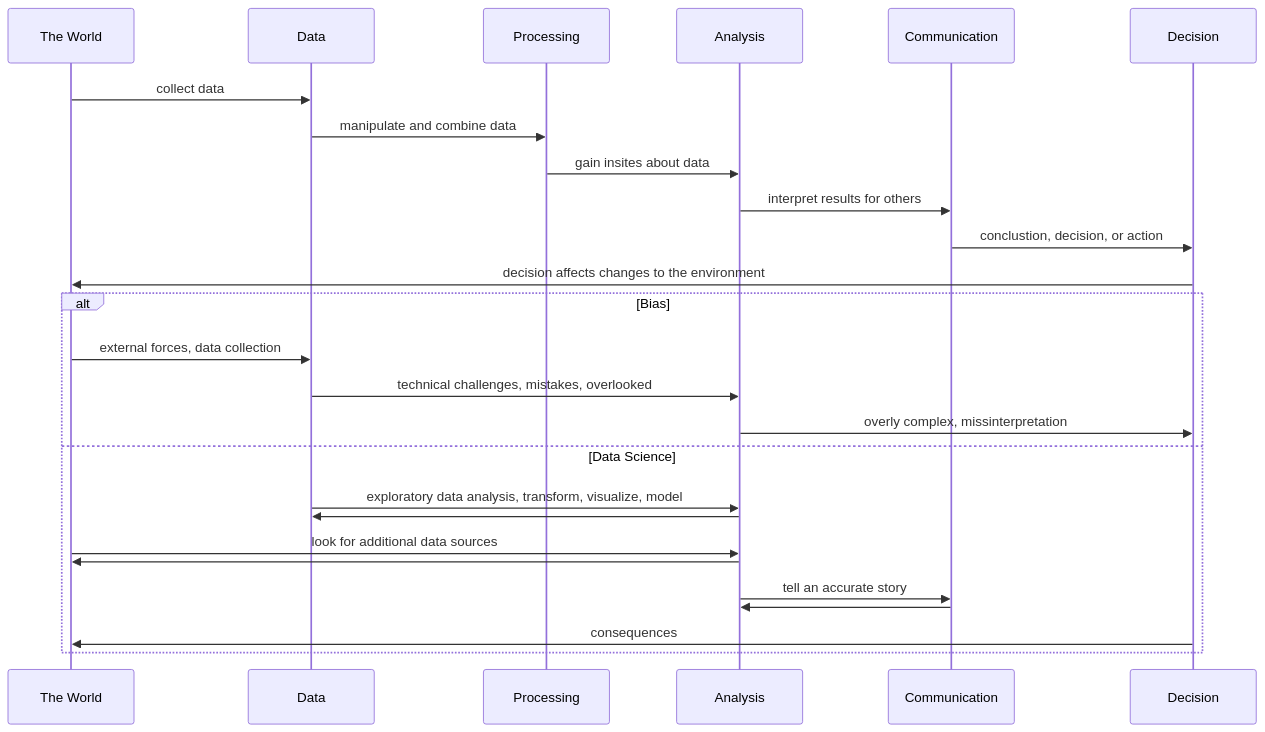
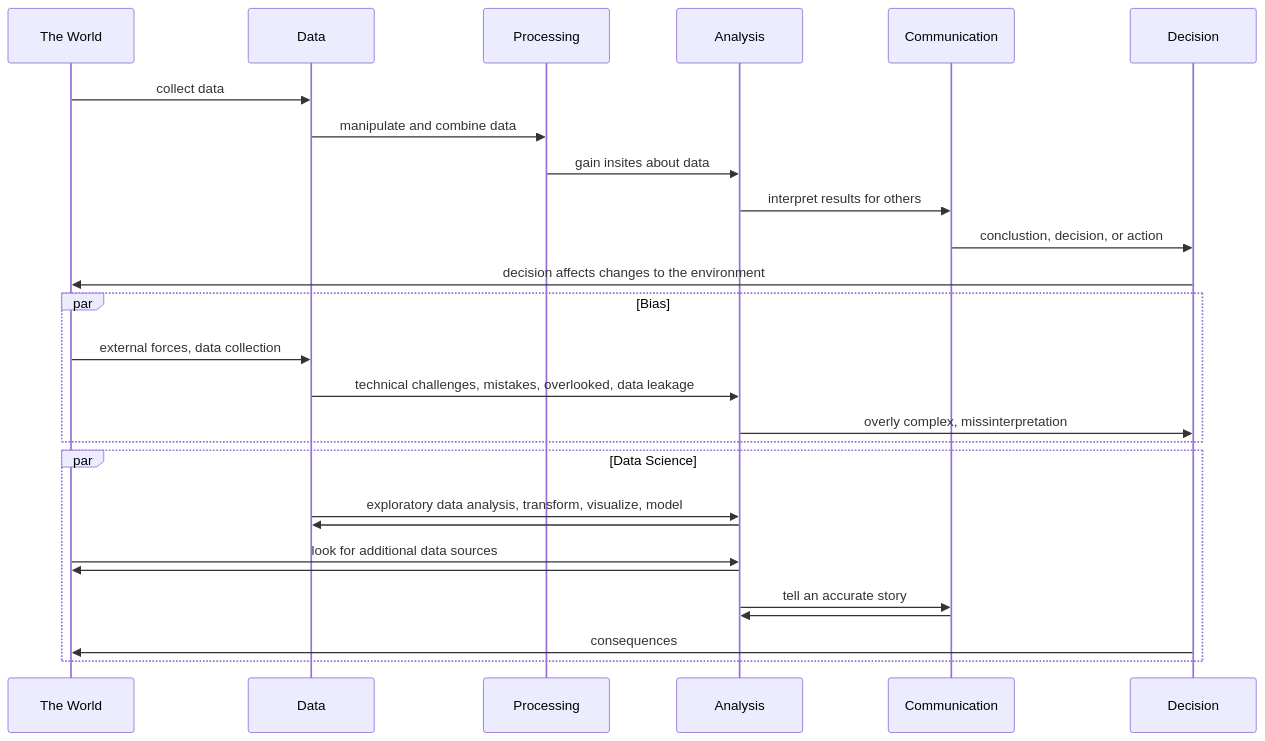
Before and after one commit to chendaniely/data_science-figure: the diagram in code/book_chapter-data_science.mmd, drawn with Mermaid.

Commit message:
add data leakage to mmd file

```diff
--- a/code/book_chapter-data_science.mmd
+++ b/code/book_chapter-data_science.mmd
@@ -1,23 +1,24 @@
 sequenceDiagram
   The World->>Data: collect data
   Data->>Processing: manipulate and combine data
   Processing->>Analysis: gain insites about data
   Analysis->>Communication: interpret results for others
   Communication->>Decision: conclustion, decision, or action
   Decision->>The World: decision affects changes to the environment
-  alt Bias
+  par Bias
     The World->>Data: external forces, data collection
-    Data->>Analysis: technical challenges, mistakes, overlooked
+    Data->>Analysis: technical challenges, mistakes, overlooked, data leakage
     Analysis->>Decision: overly complex, missinterpretation
-  else Data Science
+  end
+  par Data Science
     Data->>Analysis: exploratory data analysis, transform, visualize, model
     Analysis->>Data: 
 
     The World->>Analysis: look for additional data sources
     Analysis->>The World: 
     
     Analysis->>Communication: tell an accurate story
     Communication->>Analysis: 
     
     Decision->>The World: consequences
   end
```
